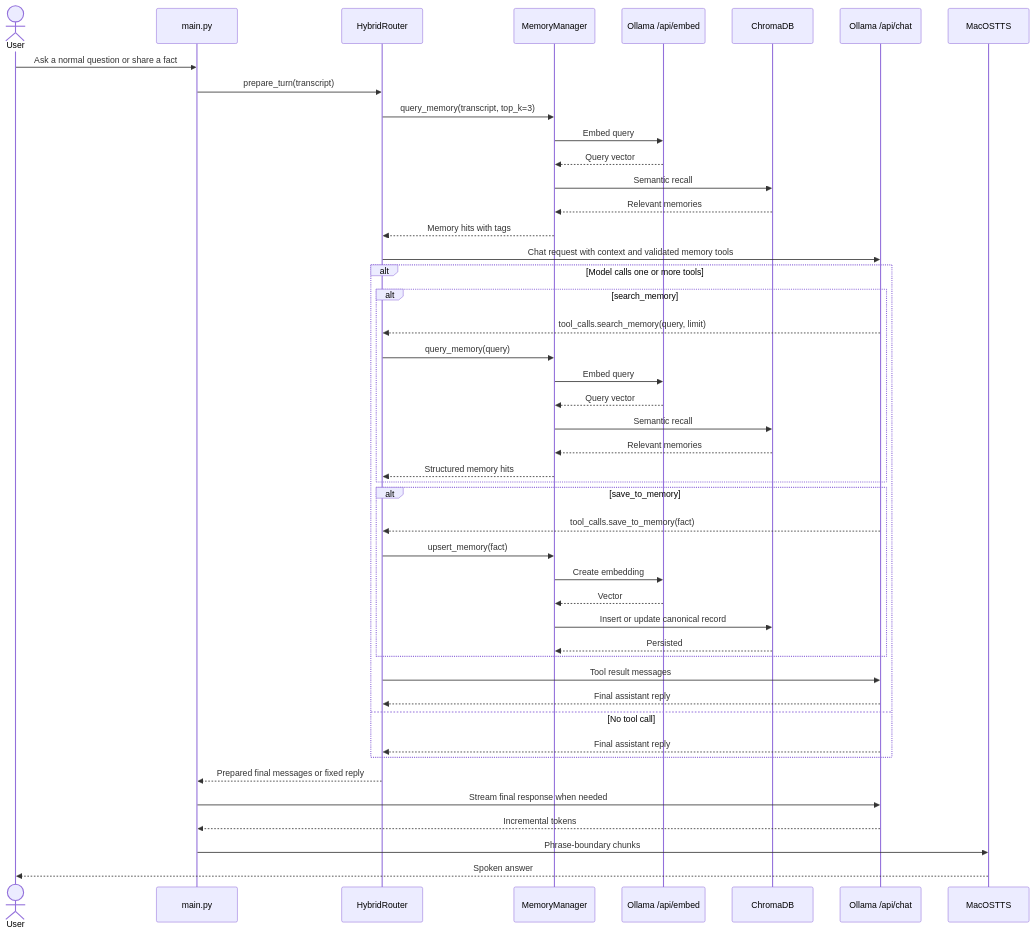
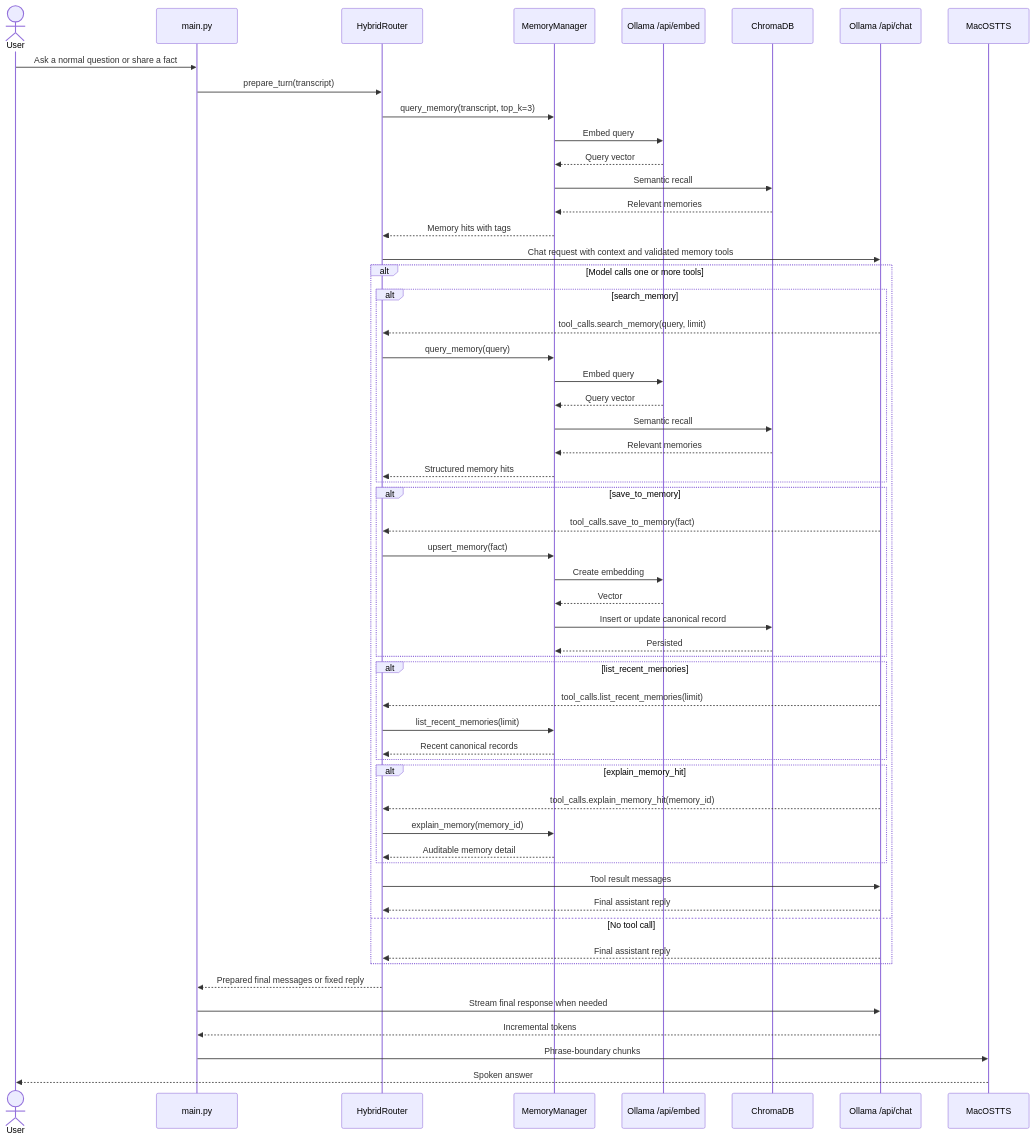
The second of 4 diagrams in docs/prd.md (MAlkabbani/lulu), drawn with Mermaid before and after one commit. The commit also changed other lines of this file and 8 other files, not shown here.

First line of the commit message:
feat(memory): Expand auditable tooling for C1

````diff
--- a/docs/prd.md
+++ b/docs/prd.md
@@ -170,49 +170,59 @@
 ```mermaid
 sequenceDiagram
     actor User
     participant Main as main.py
     participant Router as HybridRouter
     participant Memory as MemoryManager
     participant Embed as Ollama /api/embed
     participant Vault as ChromaDB
     participant Chat as Ollama /api/chat
     participant TTS as MacOSTTS
 
     User->>Main: Ask a normal question or share a fact
     Main->>Router: prepare_turn(transcript)
     Router->>Memory: query_memory(transcript, top_k=3)
     Memory->>Embed: Embed query
     Embed-->>Memory: Query vector
     Memory->>Vault: Semantic recall
     Vault-->>Memory: Relevant memories
     Memory-->>Router: Memory hits with tags
     Router->>Chat: Chat request with context and validated memory tools
     alt Model calls one or more tools
         alt search_memory
             Chat-->>Router: tool_calls.search_memory(query, limit)
             Router->>Memory: query_memory(query)
             Memory->>Embed: Embed query
             Embed-->>Memory: Query vector
             Memory->>Vault: Semantic recall
             Vault-->>Memory: Relevant memories
             Memory-->>Router: Structured memory hits
         end
         alt save_to_memory
             Chat-->>Router: tool_calls.save_to_memory(fact)
             Router->>Memory: upsert_memory(fact)
             Memory->>Embed: Create embedding
             Embed-->>Memory: Vector
             Memory->>Vault: Insert or update canonical record
             Vault-->>Memory: Persisted
         end
+        alt list_recent_memories
+            Chat-->>Router: tool_calls.list_recent_memories(limit)
+            Router->>Memory: list_recent_memories(limit)
+            Memory-->>Router: Recent canonical records
+        end
+        alt explain_memory_hit
+            Chat-->>Router: tool_calls.explain_memory_hit(memory_id)
+            Router->>Memory: explain_memory(memory_id)
+            Memory-->>Router: Auditable memory detail
+        end
         Router->>Chat: Tool result messages
         Chat-->>Router: Final assistant reply
     else No tool call
         Chat-->>Router: Final assistant reply
     end
     Router-->>Main: Prepared final messages or fixed reply
     Main->>Chat: Stream final response when needed
     Chat-->>Main: Incremental tokens
     Main->>TTS: Phrase-boundary chunks
     TTS-->>User: Spoken answer
 ```
````
